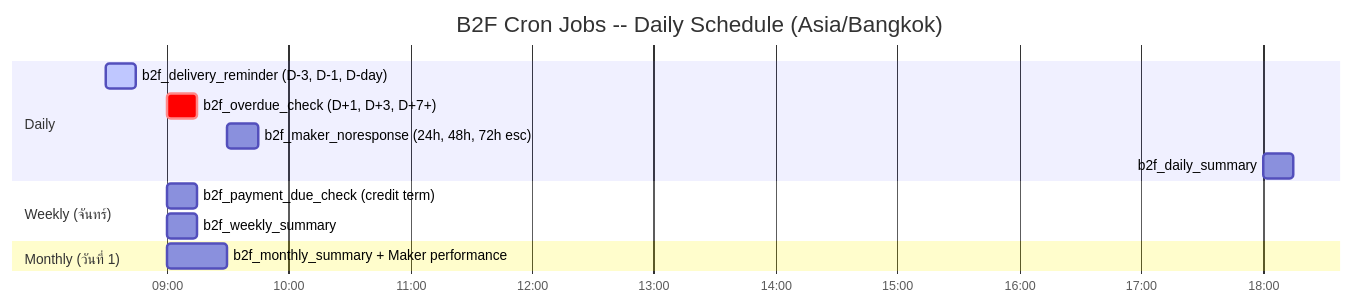
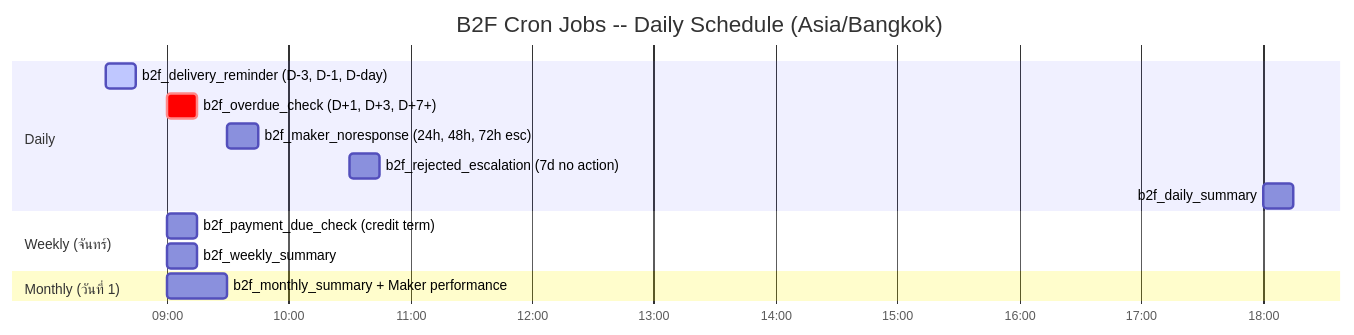
Before and after one commit to Vrprammz/DINOCO-SYSTEM-Front-End---Back-End: the fourth of 4 diagrams in WORKFLOW-REFERENCE.md, drawn with Mermaid. The commit also changed other lines of this file and 1 other file, not shown here.

````diff
--- a/WORKFLOW-REFERENCE.md
+++ b/WORKFLOW-REFERENCE.md
@@ -837,19 +850,20 @@
 ```mermaid
 gantt
     title B2F Cron Jobs -- Daily Schedule (Asia/Bangkok)
     dateFormat HH:mm
     axisFormat %H:%M
 
     section Daily
     b2f_delivery_reminder (D-3, D-1, D-day)     :active, 08:30, 15m
     b2f_overdue_check (D+1, D+3, D+7+)          :crit, 09:00, 15m
     b2f_maker_noresponse (24h, 48h, 72h esc)     :09:30, 15m
+    b2f_rejected_escalation (7d no action)       :10:30, 15m
     b2f_daily_summary                            :18:00, 15m
 
     section Weekly (จันทร์)
     b2f_payment_due_check (credit term)          :09:00, 15m
     b2f_weekly_summary                           :09:00, 15m
 
     section Monthly (วันที่ 1)
     b2f_monthly_summary + Maker performance      :09:00, 30m
 ```
````
